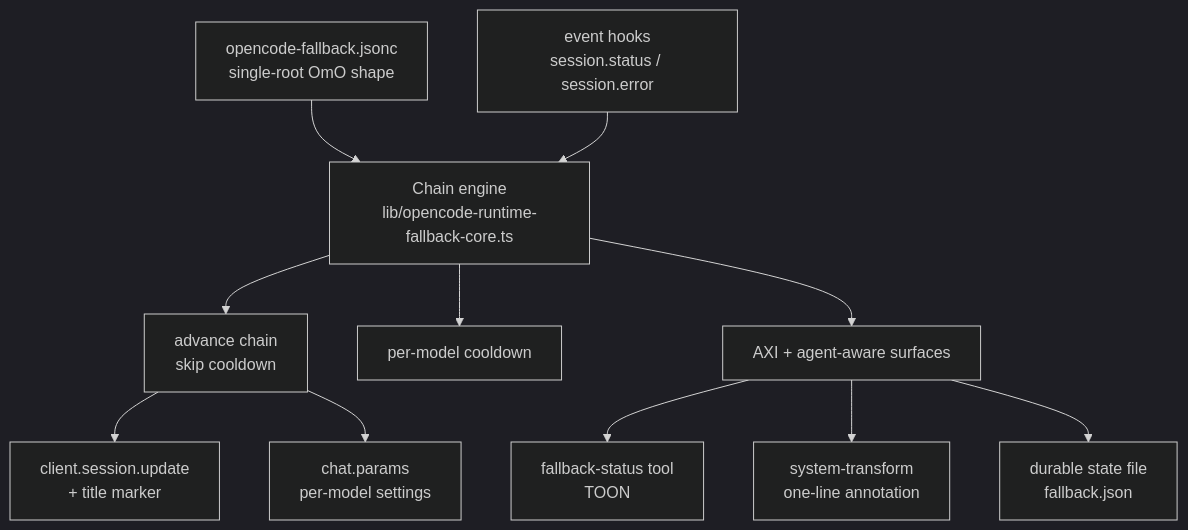
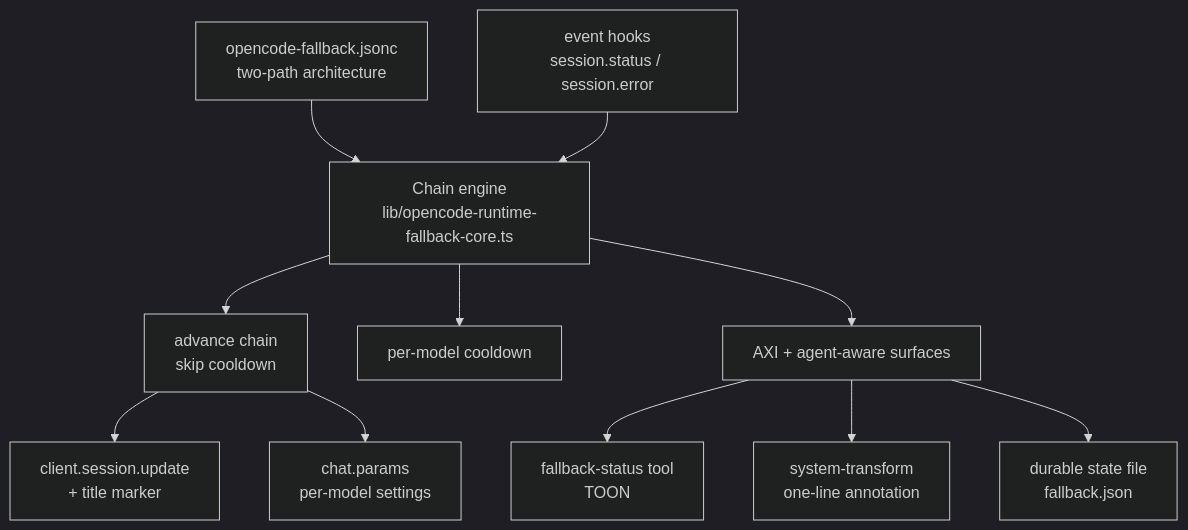
Before and after one commit to phillias/dotfiles: the second of 6 diagrams in dot_agents/skills/opencode-config/references/DESIGN.md, drawn with Mermaid (dark theme). The commit also changed other lines of this file and 1 other file, not shown here.

First line of the commit message:
docs: sync opencode-config routing references with CF→Vercel→opencode-go architecture

````diff
--- a/dot_agents/skills/opencode-config/references/DESIGN.md
+++ b/dot_agents/skills/opencode-config/references/DESIGN.md
@@ -118,13 +118,13 @@
 ```mermaid
 flowchart TB
-    CFG[opencode-fallback.jsonc<br/>single-root OmO shape] --> CORE[Chain engine<br/>lib/opencode-runtime-fallback-core.ts]
+    CFG[opencode-fallback.jsonc<br/>two-path architecture] --> CORE[Chain engine<br/>lib/opencode-runtime-fallback-core.ts]
     EV[event hooks<br/>session.status / session.error] --> CORE
     CORE --> STEP[advance chain<br/>skip cooldown]
     STEP --> UPD[client.session.update<br/>+ title marker]
     STEP --> CHP[chat.params<br/>per-model settings]
     CORE --> CD[per-model cooldown]
     CORE --> AXS[AXI + agent-aware surfaces]
     AXS --> TOOL[fallback-status tool<br/>TOON]
     AXS --> PROMPT[system-transform<br/>one-line annotation]
     AXS --> STATE[durable state file<br/>fallback.json]
 ```
````
